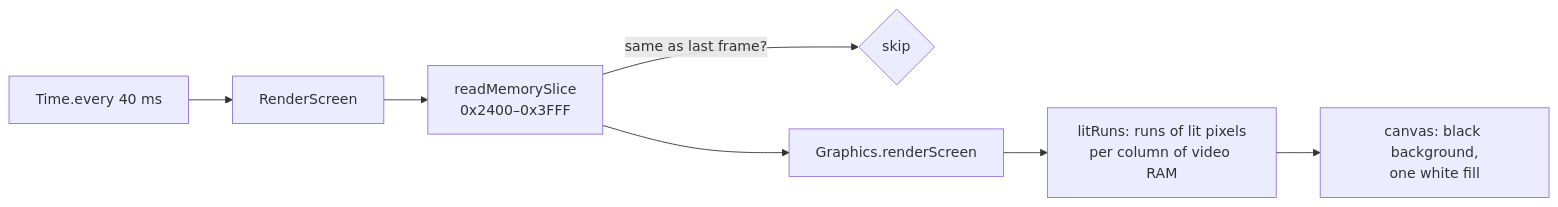
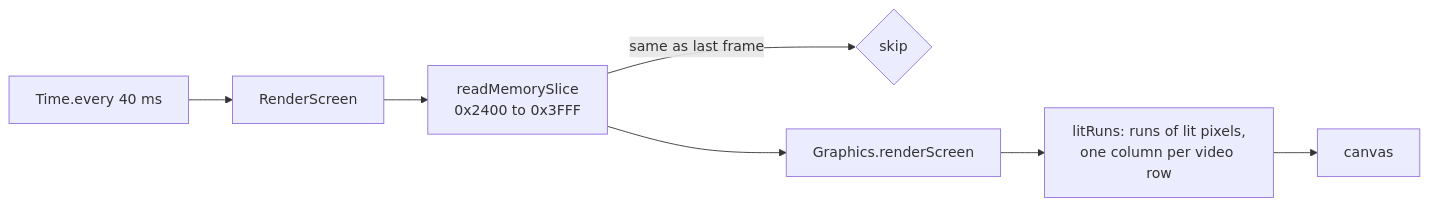
One commit to SamuelBucheliZ/elmulator changed the tenth of 11 diagrams in slides/slides.md. Above: the diagram before and after it, drawn with Mermaid. The commit also changed other lines of this file and 3 other files, not shown here.

First line of the commit message:
Slides: light theme, photo and diagrams, walk-through with code, reordered introductions

````diff
--- a/slides/slides.md
+++ b/slides/slides.md
@@ -680,9 +1225,7 @@
 ```mermaid
+%%{init: {'themeVariables': {'fontSize': '16px'}}}%%
 flowchart LR
-    T[Time.every 40 ms] --> R[RenderScreen]
-    R --> F[readMemorySlice<br/>0x2400–0x3FFF]
-    F -->|same as last frame?| X{skip}
-    F --> G[Graphics.renderScreen]
-    G --> L[litRuns: runs of lit pixels<br/>per column of video RAM]
-    L --> C[canvas: black background,<br/>one white fill]
+    T[Time.every 40 ms] --> R[RenderScreen] --> F[readMemorySlice<br/>0x2400 to 0x3FFF]
+    F -->|same as last frame| X{skip}
+    F --> G[Graphics.renderScreen] --> L[litRuns: runs of lit pixels,<br/>one column per video row] --> C[canvas]
 ```
````
